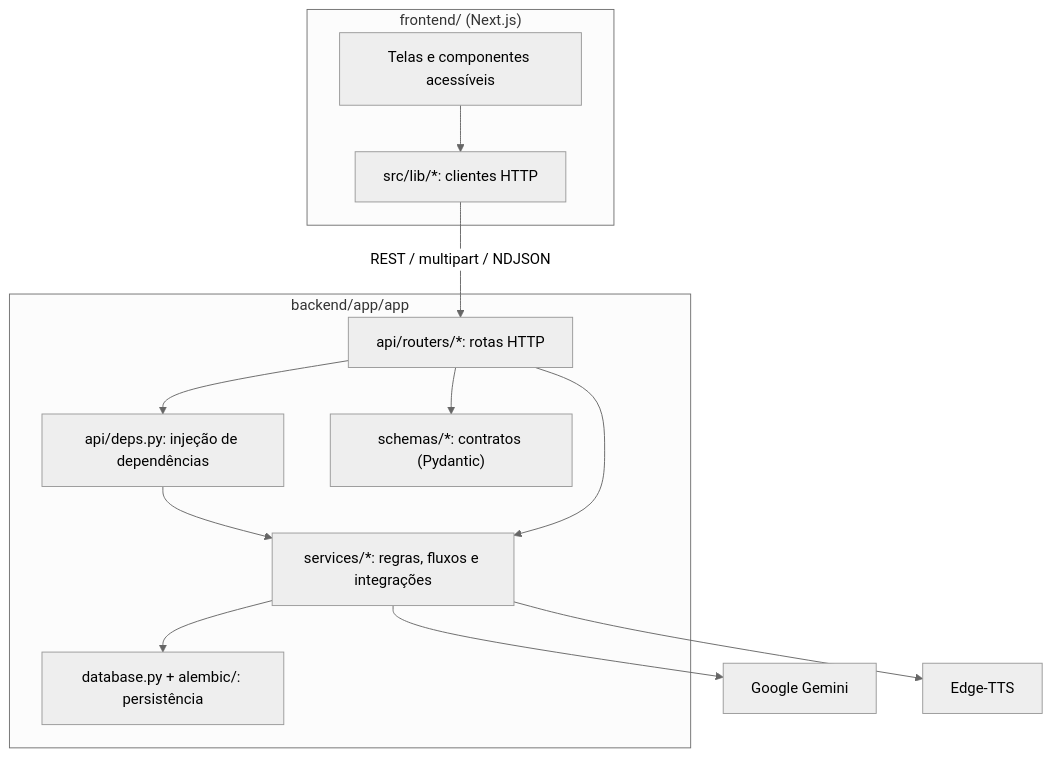
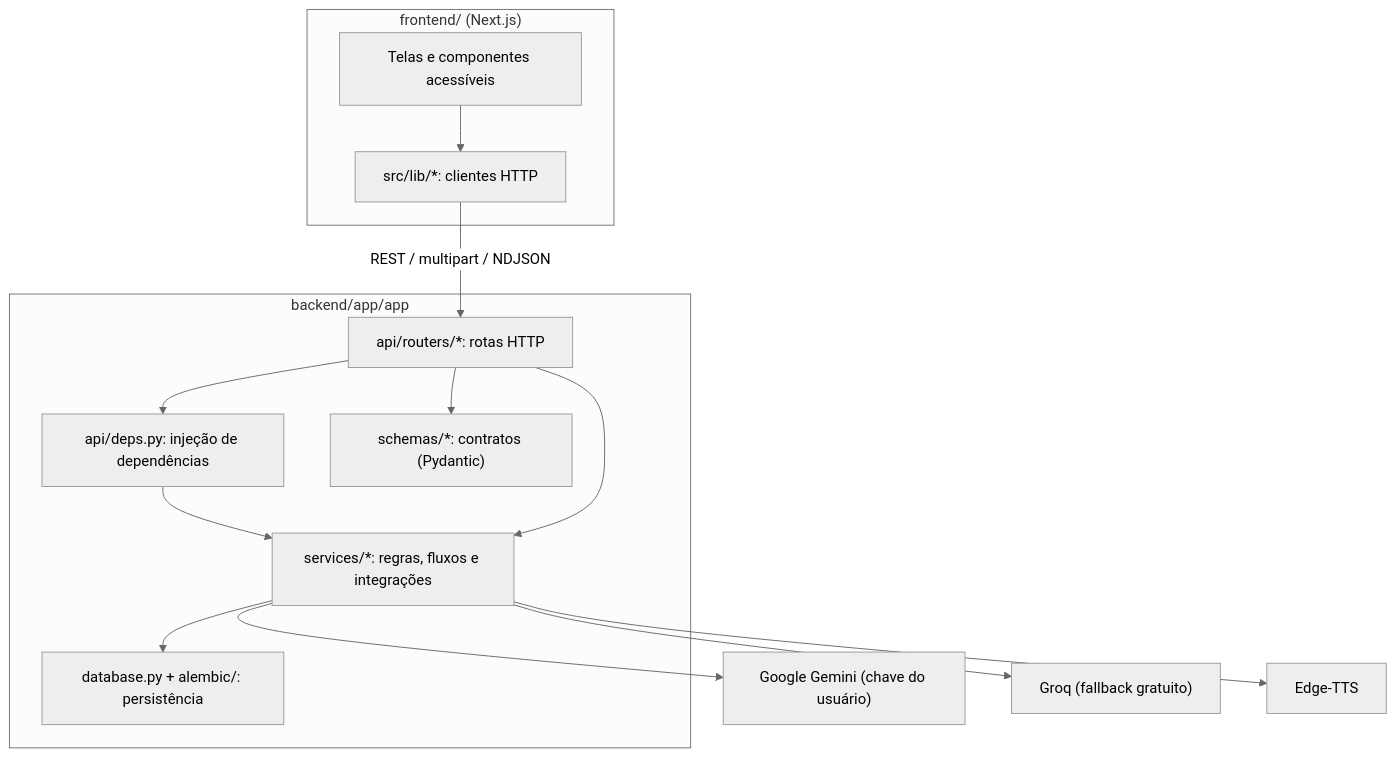
The diagram in docs/architecture.md (elisaleao/SINA_IA), drawn with Mermaid (neutral theme) before and after one commit. The commit also changed other lines of this file and 1 other file, not shown here.

Commit message:
docs(ai): describe per user keys and the free fallback (#T14)

````diff
--- a/docs/architecture.md
+++ b/docs/architecture.md
@@ -16,28 +16,30 @@
 ```mermaid
 flowchart TD
     subgraph Frontend["frontend/ (Next.js)"]
         UI["Telas e componentes acessíveis"]
         LIB["src/lib/*: clientes HTTP"]
         UI --> LIB
     end
 
     subgraph Backend["backend/app/app"]
         ROUTERS["api/routers/*: rotas HTTP"]
         DEPS["api/deps.py: injeção de dependências"]
         SCHEMAS["schemas/*: contratos (Pydantic)"]
         SERVICES["services/*: regras, fluxos e integrações"]
         DB["database.py + alembic/: persistência"]
         ROUTERS --> DEPS
         ROUTERS --> SCHEMAS
         DEPS --> SERVICES
         ROUTERS --> SERVICES
         SERVICES --> DB
     end
 
-    GEMINI["Google Gemini"]
+    GEMINI["Google Gemini (chave do usuário)"]
+    GROQ["Groq (fallback gratuito)"]
     TTS["Edge-TTS"]
 
     LIB -->|REST / multipart / NDJSON| ROUTERS
     SERVICES --> GEMINI
+    SERVICES --> GROQ
     SERVICES --> TTS
 ```
````
